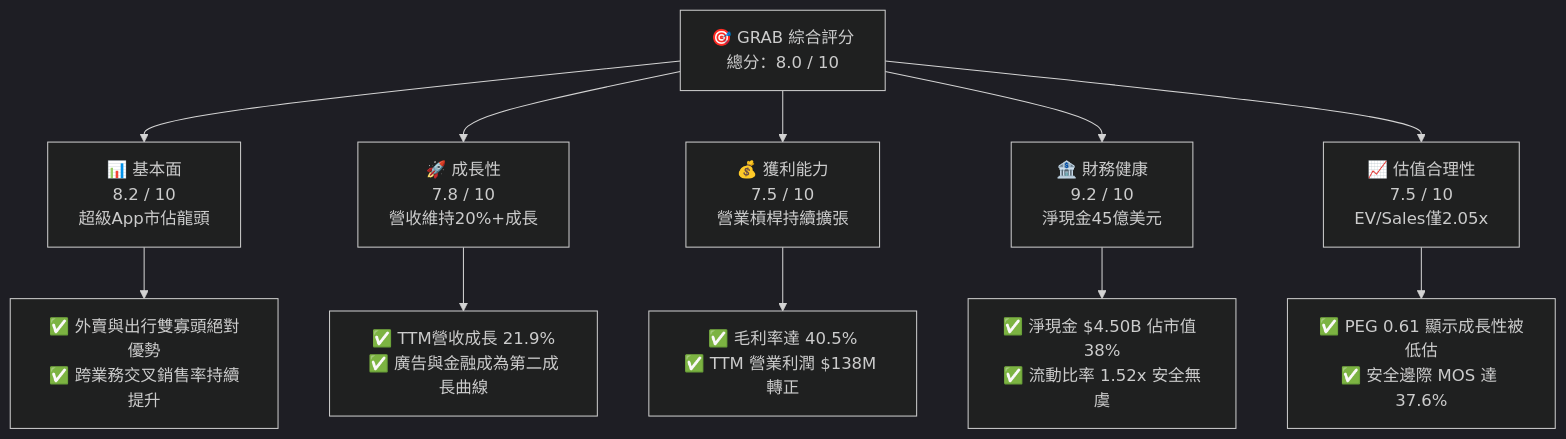
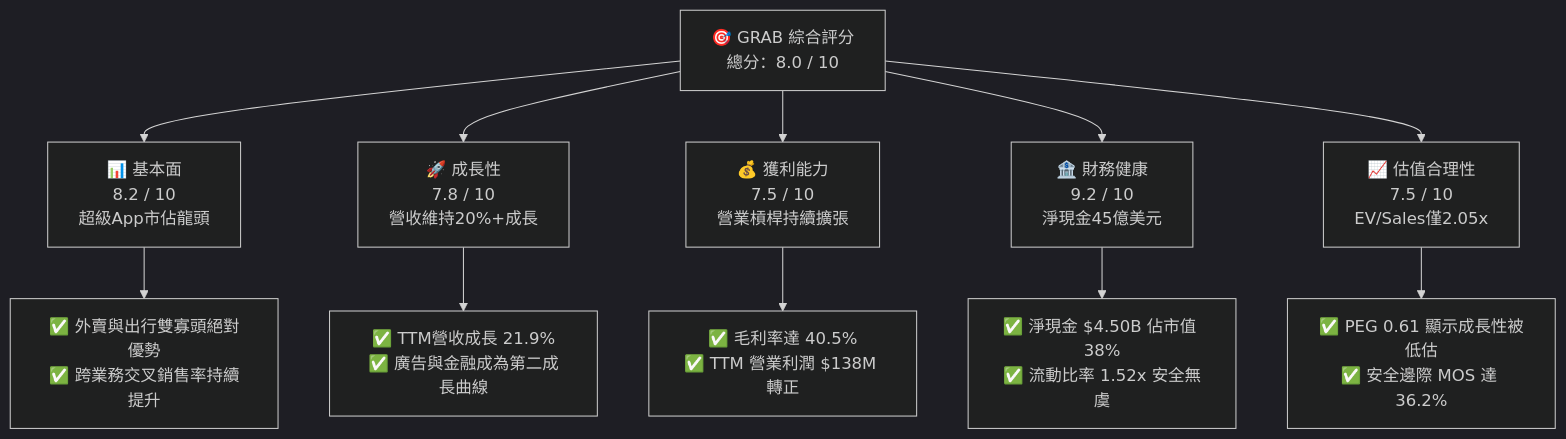
Before and after one commit to yennanliu/finance_data: the first of 15 diagrams in ai_gen_report/fundamental/grab/fundamental_analysis_2026-10-20_gemini.md, drawn with Mermaid (dark theme). The commit also changed other lines of this file and 339 other files, not shown here.

````diff
--- a/ai_gen_report/fundamental/grab/fundamental_analysis_2026-10-20_gemini.md
+++ b/ai_gen_report/fundamental/grab/fundamental_analysis_2026-10-20_gemini.md
@@ -60,22 +67,22 @@
 ```mermaid
 graph TD
     TICKER["🎯 GRAB 綜合評分<br/>總分：8.0 / 10"]
 
     F["📊 基本面<br/>8.2 / 10<br/>超級App市佔龍頭"]
     G["🚀 成長性<br/>7.8 / 10<br/>營收維持20%+成長"]
     P["💰 獲利能力<br/>7.5 / 10<br/>營業槓桿持續擴張"]
     B["🏦 財務健康<br/>9.2 / 10<br/>淨現金45億美元"]
     V["📈 估值合理性<br/>7.5 / 10<br/>EV/Sales僅2.05x"]
 
     TICKER --> F
     TICKER --> G
     TICKER --> P
     TICKER --> B
     TICKER --> V
 
     F --> F1["✅ 外賣與出行雙寡頭絕對優勢<br/>✅ 跨業務交叉銷售率持續提升"]
     G --> G1["✅ TTM營收成長 21.9%<br/>✅ 廣告與金融成為第二成長曲線"]
     P --> P1["✅ 毛利率達 40.5%<br/>✅ TTM 營業利潤 $138M 轉正"]
     B --> B1["✅ 淨現金 $4.50B 佔市值 38%<br/>✅ 流動比率 1.52x 安全無虞"]
-    V --> V1["✅ PEG 0.61 顯示成長性被低估<br/>✅ 安全邊際 MOS 達 37.6%"]
+    V --> V1["✅ PEG 0.61 顯示成長性被低估<br/>✅ 安全邊際 MOS 達 36.2%"]
 ```
````
